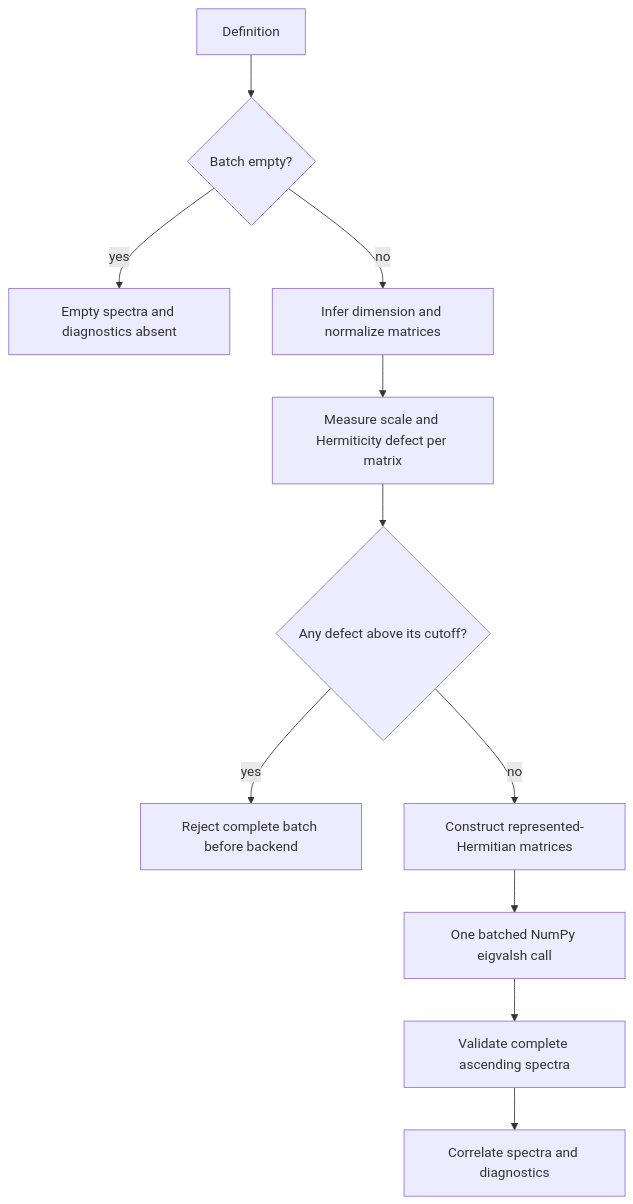
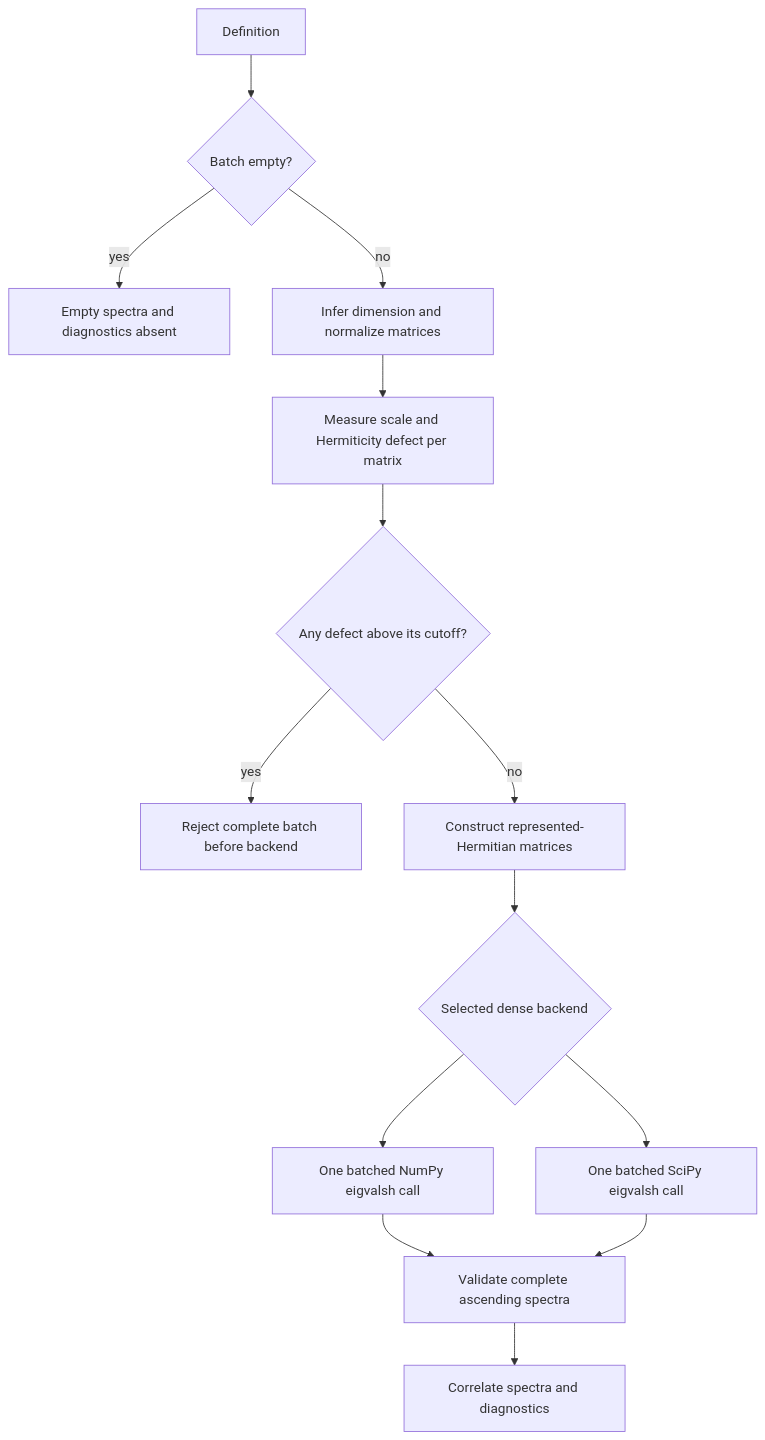
Before and after one commit to eragasa/projectkoios-optimization: the first of 2 diagrams in docs/architecture/projectkoios/numerics/linalg/hermitian_spectrum/schematics.md, drawn with Mermaid. The commit also changed 23 other files, not shown here.

````diff
--- a/docs/architecture/projectkoios/numerics/linalg/hermitian_spectrum/schematics.md
+++ b/docs/architecture/projectkoios/numerics/linalg/hermitian_spectrum/schematics.md
@@ -19,13 +19,16 @@
 ```mermaid
 flowchart TD
     D[Definition] --> E{Batch empty?}
     E -->|yes| Z[Empty spectra and diagnostics absent]
     E -->|no| V[Infer dimension and normalize matrices]
     V --> M[Measure scale and Hermiticity defect per matrix]
     M --> C{Any defect above its cutoff?}
     C -->|yes| F[Reject complete batch before backend]
     C -->|no| H[Construct represented-Hermitian matrices]
-    H --> N[One batched NumPy eigvalsh call]
+    H --> B{Selected dense backend}
+    B --> N[One batched NumPy eigvalsh call]
+    B --> P[One batched SciPy eigvalsh call]
     N --> S[Validate complete ascending spectra]
+    P --> S
     S --> R[Correlate spectra and diagnostics]
 ```
````
